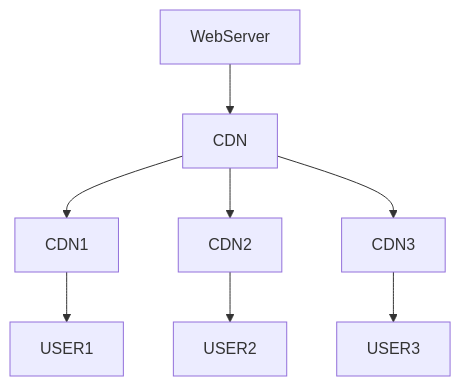
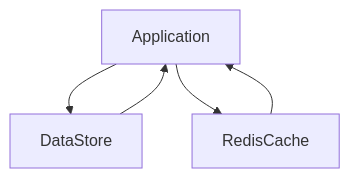
The diagram in Caching/README.md (gopalakrishnaPala/az204), drawn with Mermaid before and after one commit. The commit also changed other lines of this file and 1 other file, not shown here.

Commit message:
updated redis cache

````diff
--- a/Caching/README.md
+++ b/Caching/README.md
@@ -29,10 +161,7 @@
 ```mermaid
 graph TD;
-    WebServer-->CDN;
-    CDN-->CDN1;
-    CDN-->CDN2;
-    CDN-->CDN3;
-    CDN1-->USER1;
-    CDN2-->USER2;
-    CDN3-->USER3;
+    Application-->DataStore;
+    DataStore-->Application;
+    Application-->RedisCache;
+    RedisCache-->Application;
 ```
````
